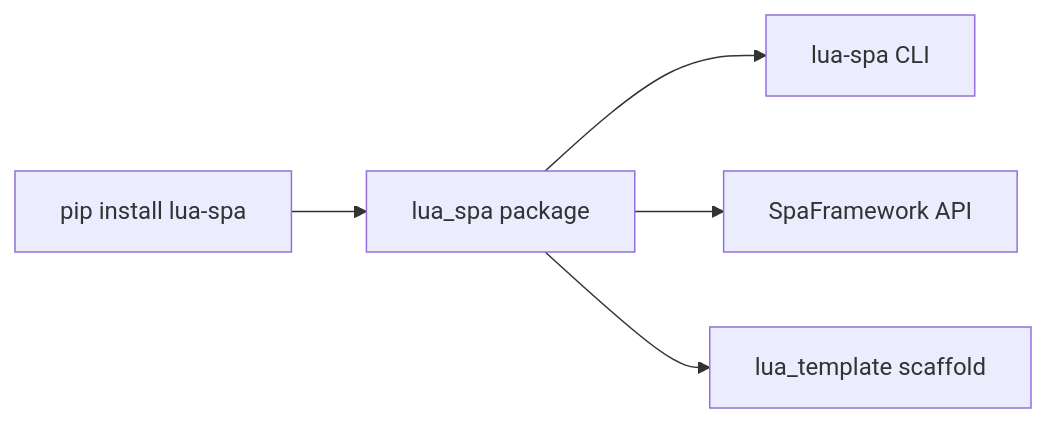
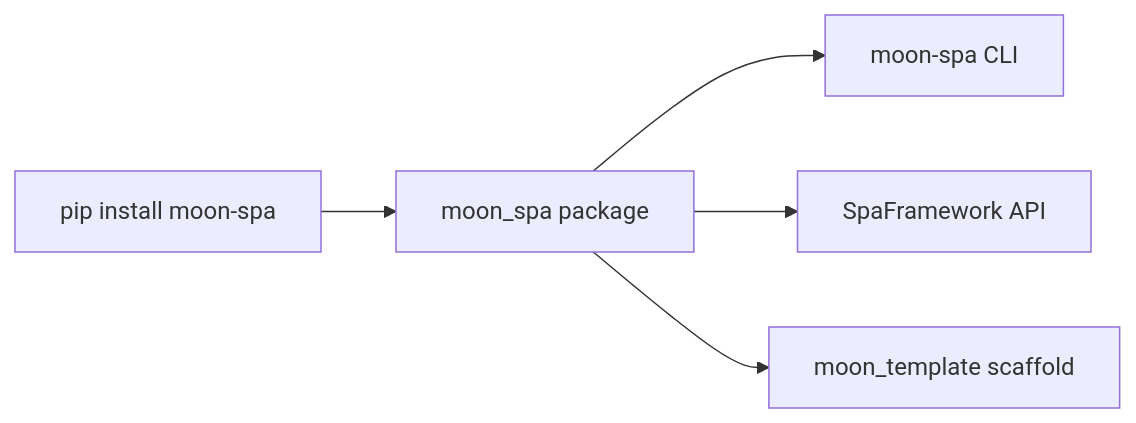
Before and after one commit to roderiano/lua-spa: the diagram in docs/docs/get-started/installation.md, drawn with Mermaid. The commit also changed other lines of this file and 90 other files, not shown here.

````diff
--- a/docs/docs/get-started/installation.md
+++ b/docs/docs/get-started/installation.md
@@ -44,7 +44,7 @@
 ```mermaid
 graph LR
-    A[pip install lua-spa] --> B[lua_spa package]
-    B --> C[lua-spa CLI]
+    A[pip install moon-spa] --> B[moon_spa package]
+    B --> C[moon-spa CLI]
     B --> D[SpaFramework API]
-    B --> E[lua_template scaffold]
+    B --> E[moon_template scaffold]
 ```
````
